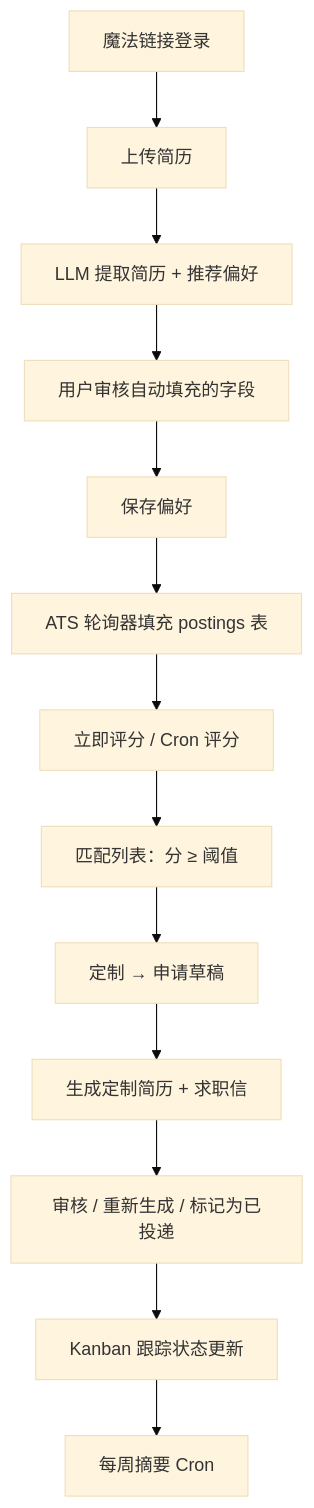
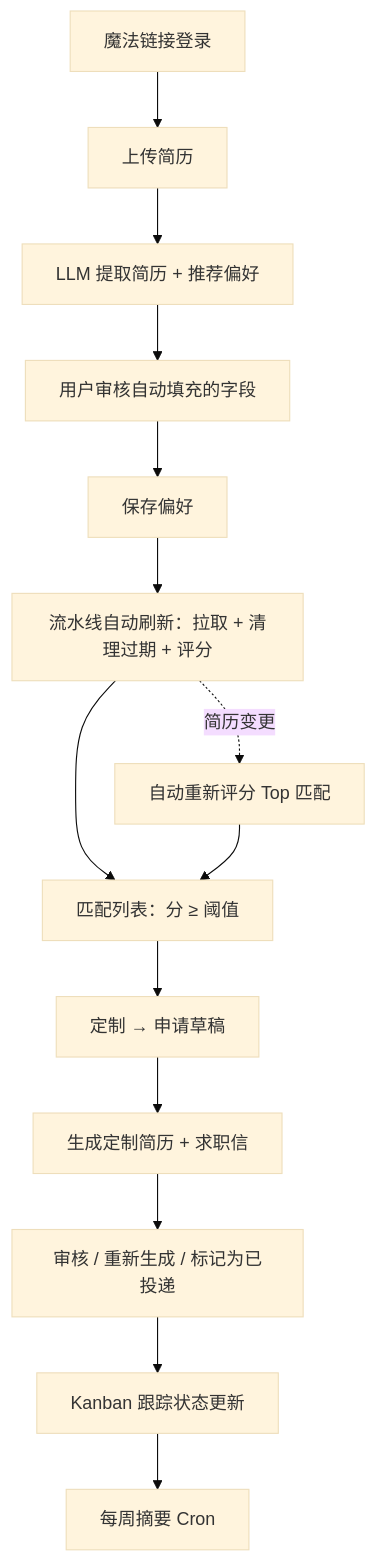
The second of 8 diagrams in docs/03-jobpilot-workflow-zh.md (jxjwilliam/jobPilot), drawn with Mermaid (base theme) before and after one commit. The commit also changed other lines of this file and 26 other files, not shown here.

````diff
--- a/docs/03-jobpilot-workflow-zh.md
+++ b/docs/03-jobpilot-workflow-zh.md
@@ -62,15 +69,16 @@
 ```mermaid
 flowchart TD
   A[魔法链接登录] --> B[上传简历]
   B --> C[LLM 提取简历 + 推荐偏好]
   C --> D[用户审核自动填充的字段]
   D --> E[保存偏好]
-  E --> F[ATS 轮询器填充 postings 表]
-  F --> G[立即评分 / Cron 评分]
-  G --> H[匹配列表：分 ≥ 阈值]
-  H --> I[定制 → 申请草稿]
-  I --> J[生成定制简历 + 求职信]
-  J --> K[审核 / 重新生成 / 标记为已投递]
-  K --> L[Kanban 跟踪状态更新]
-  L --> M[每周摘要 Cron]
+  E --> F[流水线自动刷新：拉取 + 清理过期 + 评分]
+  F --> G[匹配列表：分 ≥ 阈值]
+  G --> H[定制 → 申请草稿]
+  H --> I[生成定制简历 + 求职信]
+  I --> J[审核 / 重新生成 / 标记为已投递]
+  J --> K[Kanban 跟踪状态更新]
+  K --> L[每周摘要 Cron]
+  F -. 简历变更 .-> R[自动重新评分 Top 匹配]
+  R --> G
 ```
````
